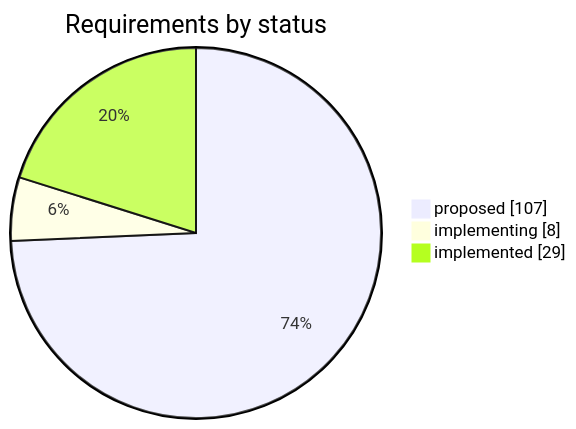
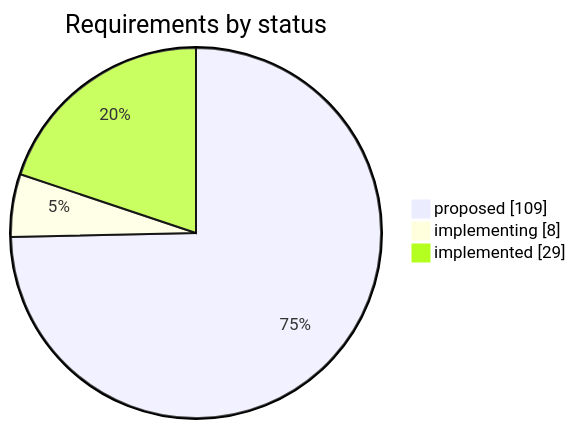
One commit to iammaxsu/automatic-testing-architecture changed the first of 2 diagrams in STATUS.md. Above: the diagram before and after it, drawn with Mermaid. The commit also changed other lines of this file and 5 other files, not shown here.

````diff
--- a/STATUS.md
+++ b/STATUS.md
@@ -25,6 +25,6 @@
 ```mermaid
 pie showData title Requirements by status
-    "proposed" : 107
+    "proposed" : 109
     "implementing" : 8
     "implemented" : 29
 ```
````
